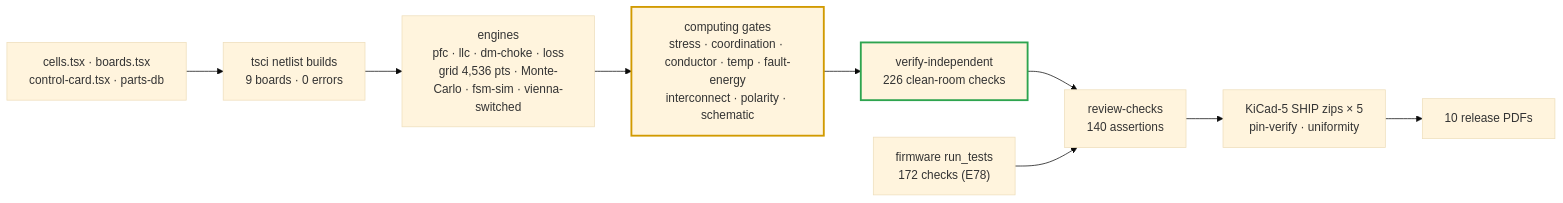
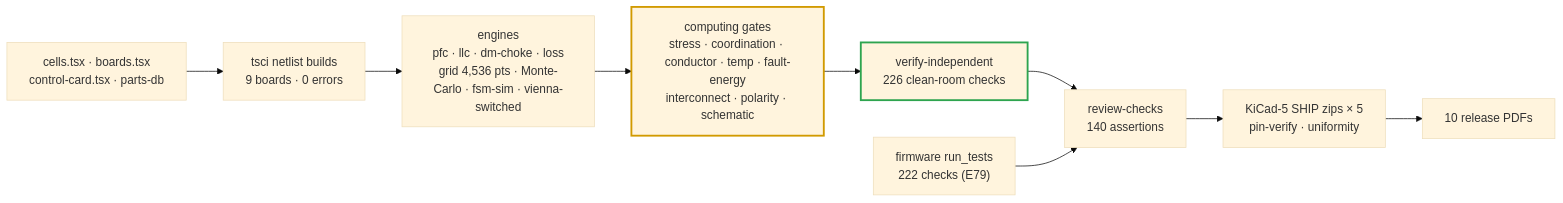
One commit to vectivolt/DC-Modules changed the diagram in docs/verification-matrix.md. Above: the diagram before and after it, drawn with Mermaid (base theme). The commit also changed other lines of this file and 19 other files, not shown here.

````diff
--- a/docs/verification-matrix.md
+++ b/docs/verification-matrix.md
@@ -43,13 +43,13 @@
 ```mermaid
 flowchart LR
   SRC["cells.tsx · boards.tsx<br/>control-card.tsx · parts-db"] --> BUILD["tsci netlist builds<br/>9 boards · 0 errors"]
   BUILD --> ENG["engines<br/>pfc · llc · dm-choke · loss<br/>grid 4,536 pts · Monte-Carlo · fsm-sim · vienna-switched"]
   ENG --> GATES["computing gates<br/>stress · coordination · conductor · temp · fault-energy<br/>interconnect · polarity · schematic"]
   GATES --> IND["verify-independent<br/>226 clean-room checks"]
   IND --> REV["review-checks<br/>140 assertions"]
   REV --> SHIP["KiCad-5 SHIP zips × 5<br/>pin-verify · uniformity"]
   SHIP --> PDF["10 release PDFs"]
-  FW["firmware run_tests<br/>172 checks (E78)"] --> REV
+  FW["firmware run_tests<br/>222 checks (E79)"] --> REV
   style GATES stroke:#d19a00,stroke-width:2.5px
   style IND stroke:#2ea44f,stroke-width:2.5px
 ```
````
